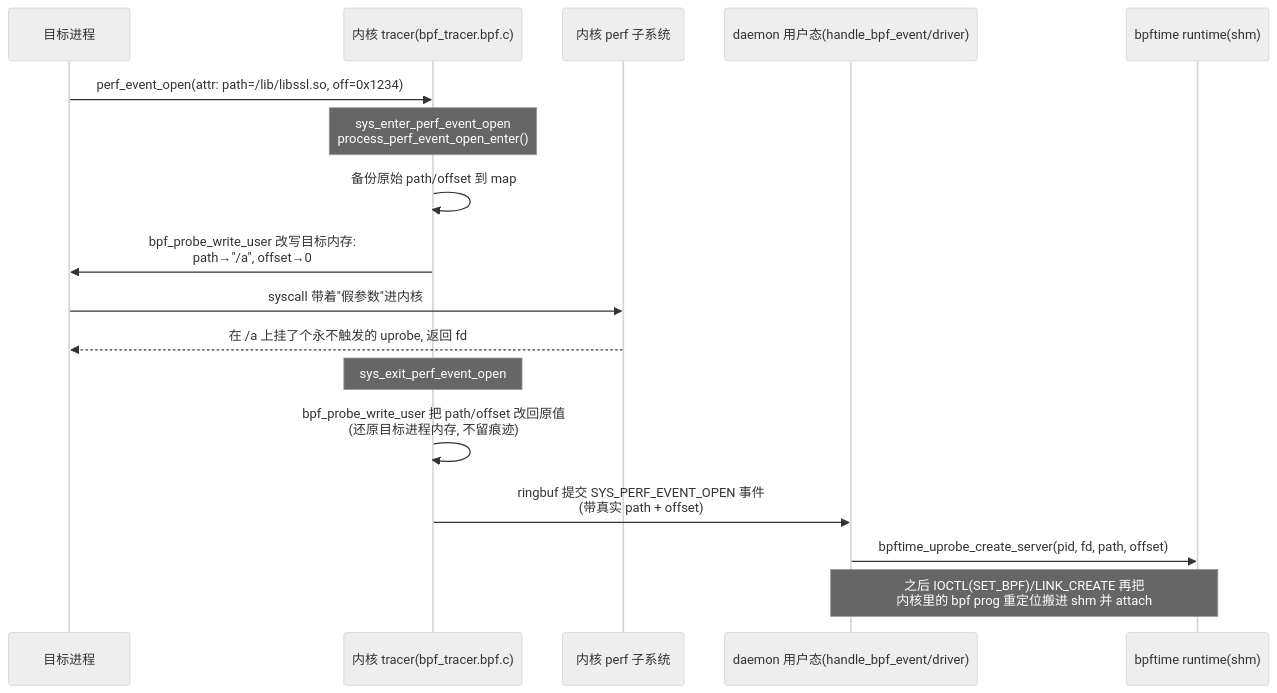
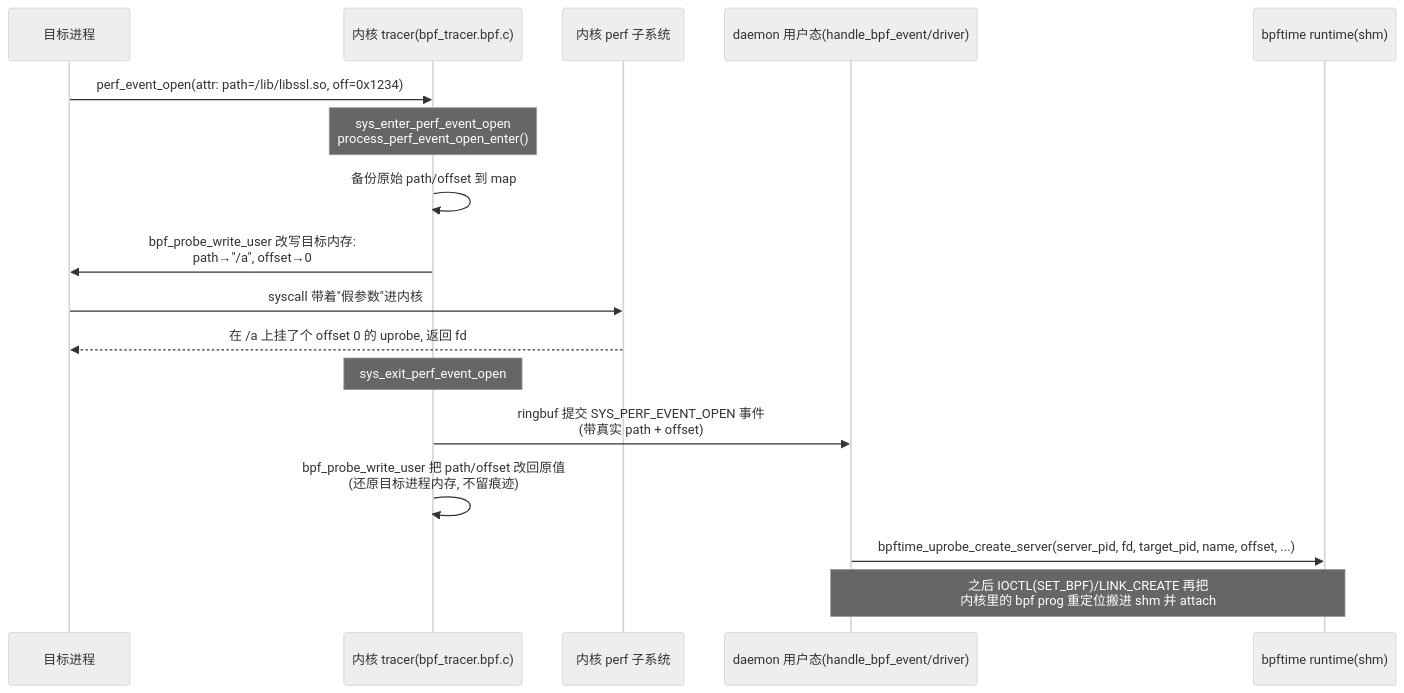
The first of 2 diagrams in 07-periphery.md (plsy1/bpftime-benchmark), drawn with Mermaid (neutral theme) before and after one commit. The commit also changed other lines of this file and 9 other files, not shown here.

````diff
--- a/07-periphery.md
+++ b/07-periphery.md
@@ -33,20 +35,20 @@
 ```mermaid
 sequenceDiagram
     participant T as 目标进程
     participant K as 内核 tracer(bpf_tracer.bpf.c)
     participant KE as 内核 perf 子系统
     participant D as daemon 用户态(handle_bpf_event/driver)
     participant R as bpftime runtime(shm)
 
     T->>K: perf_event_open(attr: path=/lib/libssl.so, off=0x1234)
     Note over K: sys_enter_perf_event_open<br/>process_perf_event_open_enter()
     K->>K: 备份原始 path/offset 到 map
     K->>T: bpf_probe_write_user 改写目标内存:<br/>path→"/a", offset→0
     T->>KE: syscall 带着"假参数"进内核
-    KE-->>T: 在 /a 上挂了个永不触发的 uprobe, 返回 fd
+    KE-->>T: 在 /a 上挂了个 offset 0 的 uprobe, 返回 fd
     Note over K: sys_exit_perf_event_open
+    K->>D: ringbuf 提交 SYS_PERF_EVENT_OPEN 事件<br/>(带真实 path + offset)
     K->>K: bpf_probe_write_user 把 path/offset 改回原值<br/>(还原目标进程内存, 不留痕迹)
-    K->>D: ringbuf 提交 SYS_PERF_EVENT_OPEN 事件<br/>(带真实 path + offset)
-    D->>R: bpftime_uprobe_create_server(pid, fd, path, offset)
+    D->>R: bpftime_uprobe_create_server(server_pid, fd, target_pid, name, offset, ...)
     Note over D,R: 之后 IOCTL(SET_BPF)/LINK_CREATE 再把<br/>内核里的 bpf prog 重定位搬进 shm 并 attach
 ```
````
